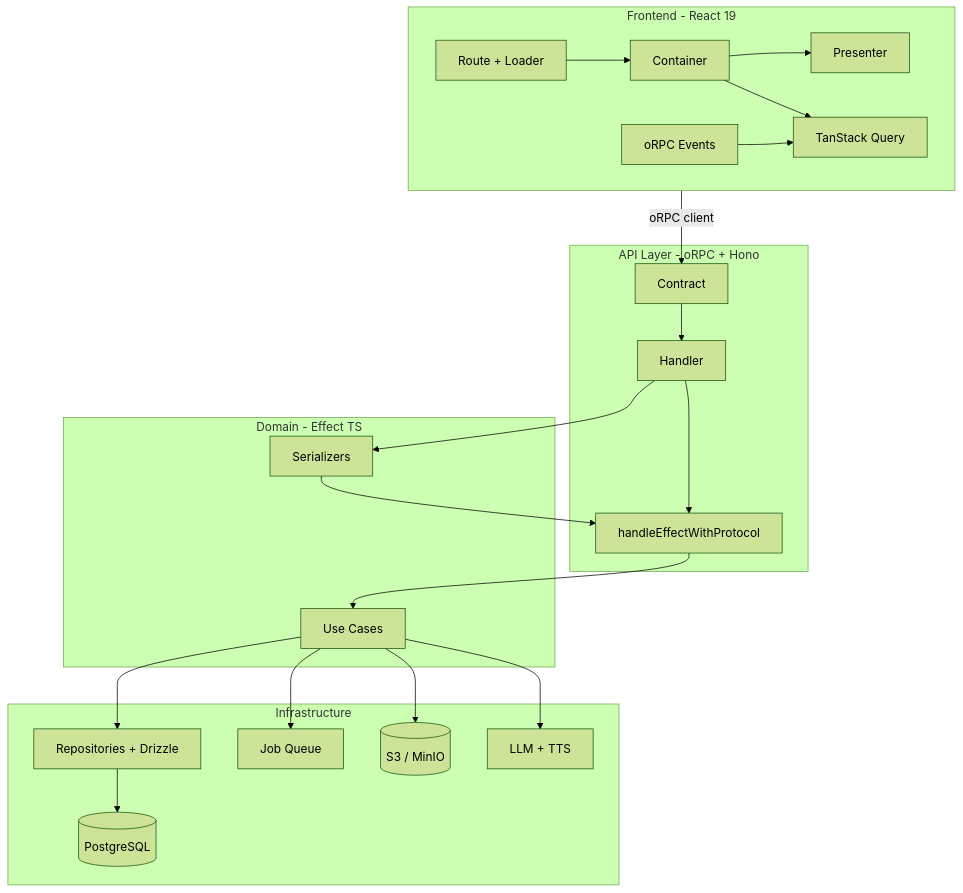
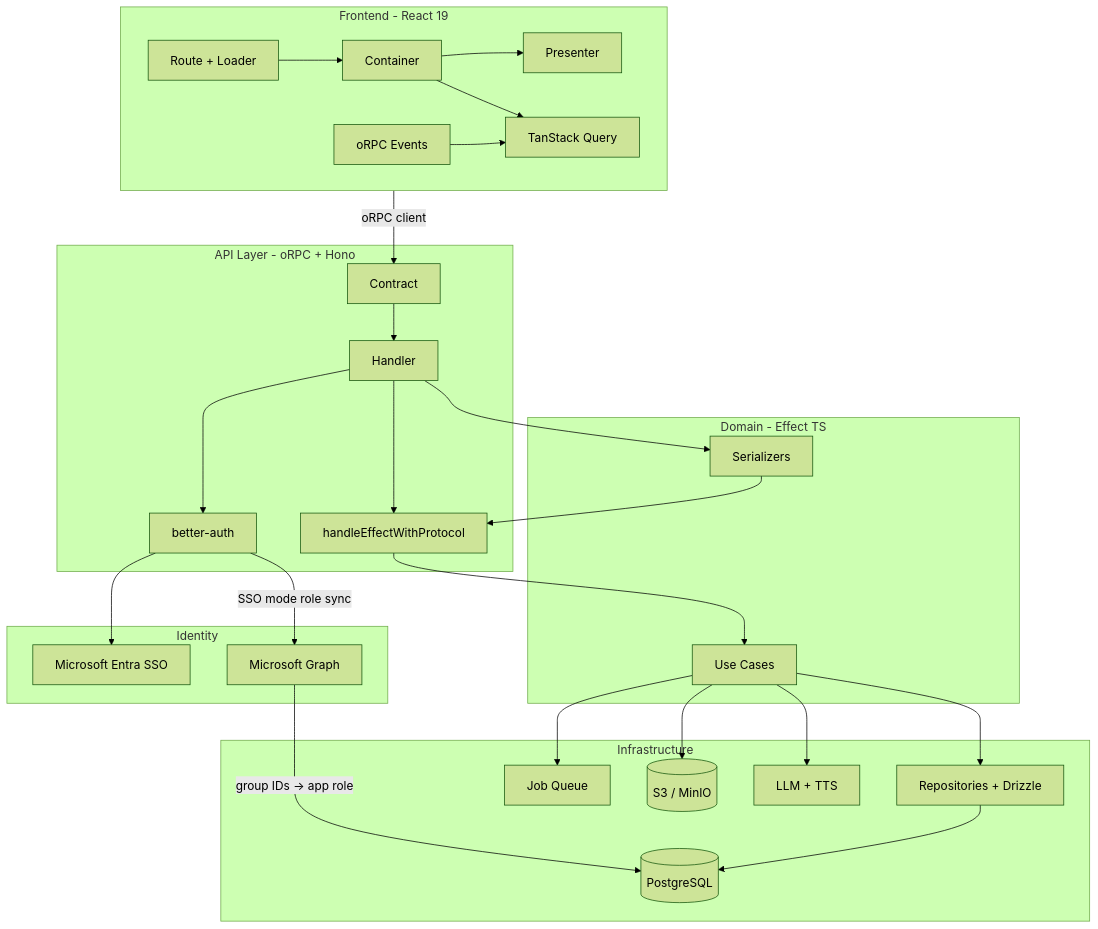
The diagram in docs/architecture/overview.md (brandonbryant12/content-studio), drawn with Mermaid (forest theme) before and after one commit. The commit also changed other lines of this file and 74 other files, not shown here.

````diff
--- a/docs/architecture/overview.md
+++ b/docs/architecture/overview.md
@@ -3,35 +3,44 @@
 ```mermaid
 graph TD
   subgraph FE[Frontend - React 19]
     Route[Route + Loader] --> Container
     Container --> Presenter
     Container --> QueryCache[TanStack Query]
     SSE[oRPC Events] --> QueryCache
   end
 
   subgraph API[API Layer - oRPC + Hono]
     Contract --> Handler
+    Handler --> AuthN[better-auth]
     Handler --> EffectRuntime[handleEffectWithProtocol]
   end
 
   subgraph Domain[Domain - Effect TS]
     UseCase[Use Cases]
     Serializer[Serializers]
   end
 
   subgraph Infra[Infrastructure]
     Repo[Repositories + Drizzle]
     DB[(PostgreSQL)]
     Queue[Job Queue]
     Storage[(S3 / MinIO)]
     AI[LLM + TTS]
   end
 
+  subgraph Identity[Identity]
+    Entra[Microsoft Entra SSO]
+    Graph[Microsoft Graph]
+  end
+
   FE -->|oRPC client| Contract
   EffectRuntime --> UseCase
+  AuthN --> Entra
+  AuthN -->|SSO mode role sync| Graph
+  Graph -->|group IDs -> app role| DB
   UseCase --> Repo --> DB
   UseCase --> Queue
   UseCase --> Storage
   UseCase --> AI
   Handler --> Serializer --> EffectRuntime
 ```
````
